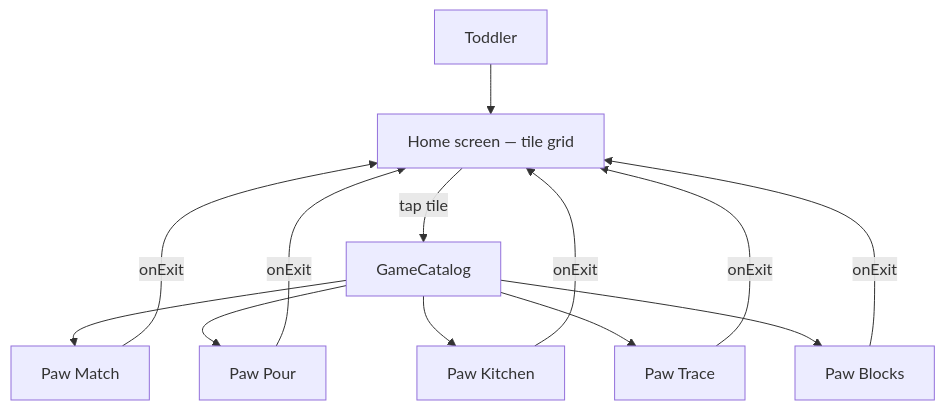
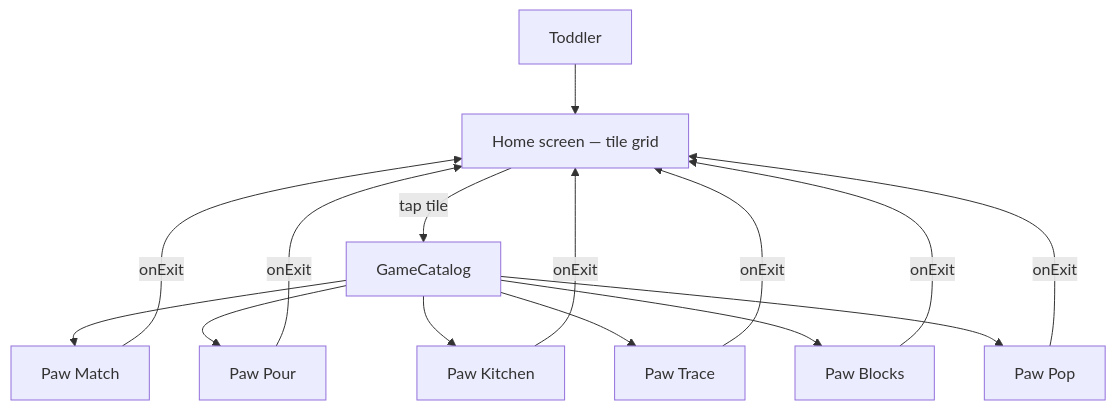
One commit to ribenajuice/paw-play changed the diagram in docs/ARCHITECTURE.md. Above: the diagram before and after it, drawn with Mermaid. The commit also changed other lines of this file and 5 other files, not shown here.

First line of the commit message:
Docs: Paw Pop built and awaiting review (architecture, ADR, design notes, README, changelog, status)

````diff
--- a/docs/ARCHITECTURE.md
+++ b/docs/ARCHITECTURE.md
@@ -29,15 +29,17 @@
 ```mermaid
 flowchart TB
     P[Toddler] --> HOME[Home screen — tile grid]
     HOME -->|tap tile| CATALOG[GameCatalog]
     CATALOG --> G1[Paw Match]
     CATALOG --> G2[Paw Pour]
     CATALOG --> G3[Paw Kitchen]
     CATALOG --> G4[Paw Trace]
     CATALOG --> G5[Paw Blocks]
+    CATALOG --> G6[Paw Pop]
     G1 -->|onExit| HOME
     G2 -->|onExit| HOME
     G3 -->|onExit| HOME
     G4 -->|onExit| HOME
     G5 -->|onExit| HOME
+    G6 -->|onExit| HOME
 ```
````
